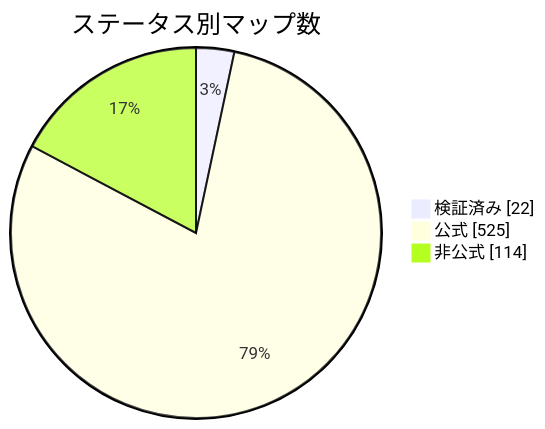
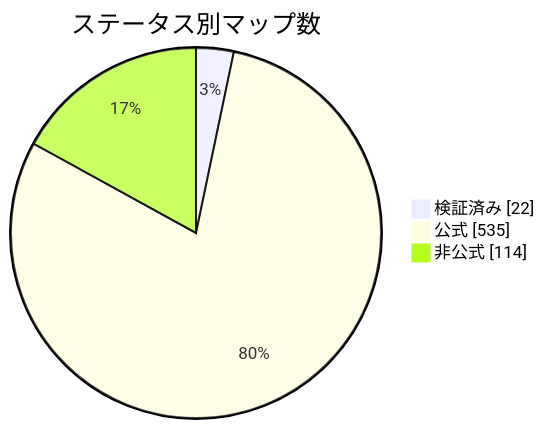
One commit to nobrega8/mbmap-library changed the diagram in docs/readme/README_JP.md. Above: the diagram before and after it, drawn with Mermaid. The commit also changed 15 other files, not shown here.

````diff
--- a/docs/readme/README_JP.md
+++ b/docs/readme/README_JP.md
@@ -54,7 +54,7 @@
 ```mermaid
 pie showData
     title ステータス別マップ数
     "検証済み" : 22
-    "公式" : 525
+    "公式" : 535
     "非公式" : 114
 ```
````
